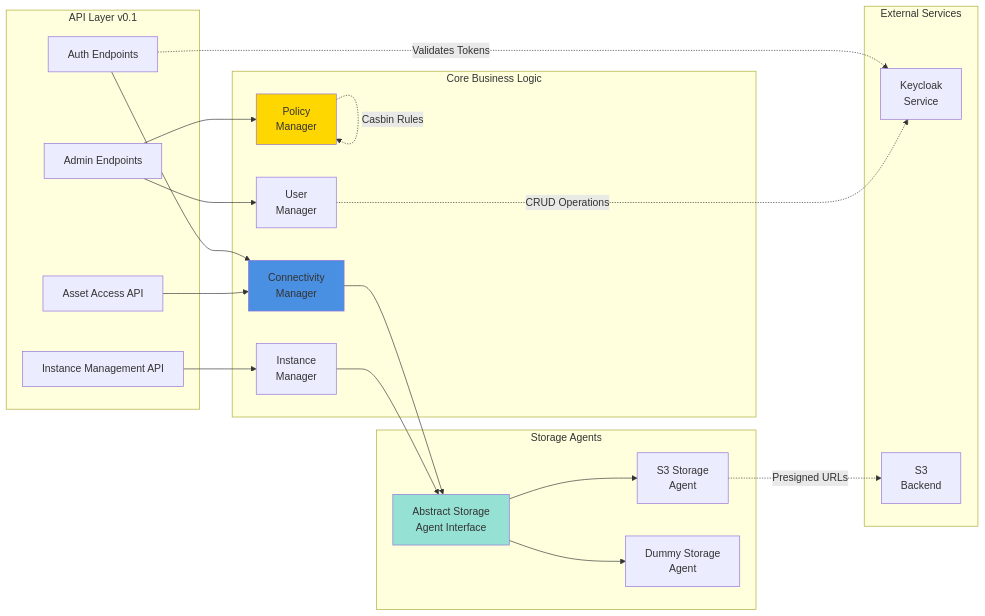
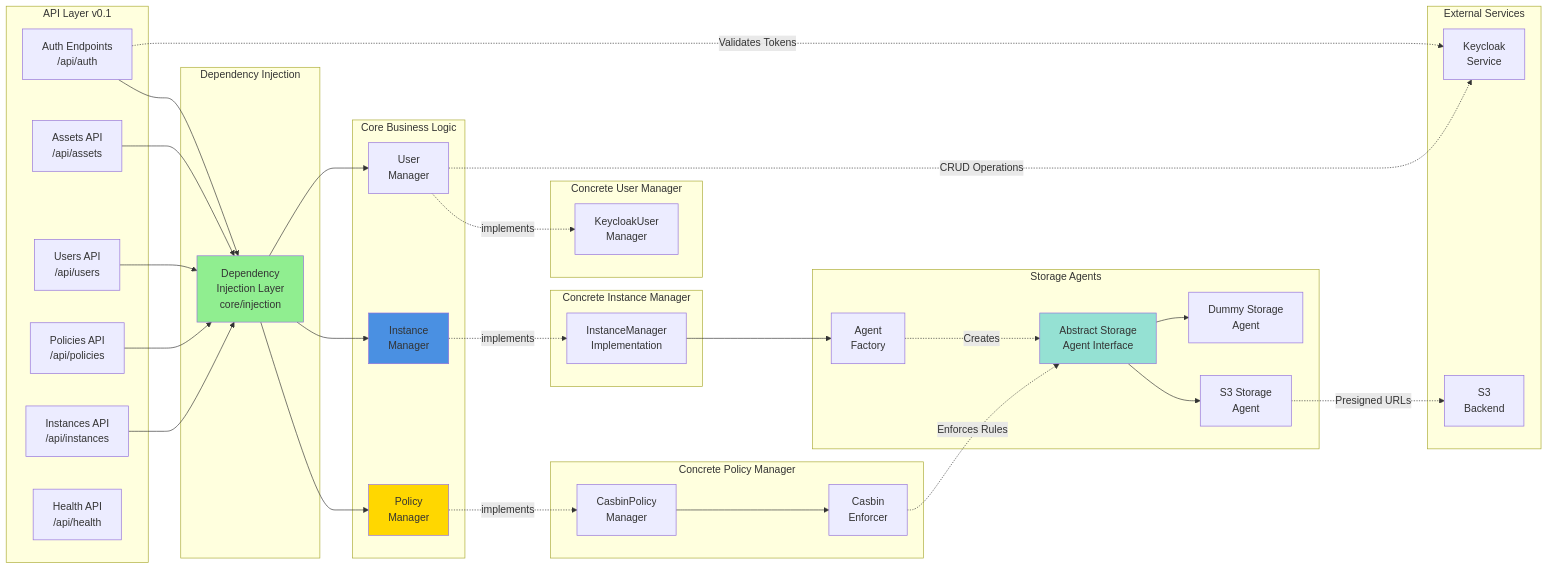
The second of 5 diagrams in docs/diagrams/component-architecture.md (INN-SFU/Data-Portal), drawn with Mermaid before and after one commit. The commit also changed other lines of this file and 2 other files, not shown here.

Commit message:
docs: diagram updates

````diff
--- a/docs/diagrams/component-architecture.md
+++ b/docs/diagrams/component-architecture.md
@@ -58,47 +67,77 @@
 ```mermaid
 graph LR
     subgraph "API Layer v0.1"
-        AuthAPI[Auth Endpoints]
-        AssetAPI[Asset Access API]
-        AdminAPI[Admin Endpoints]
-        InstanceAPI[Instance Management API]
+        AuthAPI[Auth Endpoints<br/>/api/auth]
+        AssetsAPI[Assets API<br/>/api/assets]
+        UsersAPI[Users API<br/>/api/users]
+        PoliciesAPI[Policies API<br/>/api/policies]
+        InstancesAPI[Instances API<br/>/api/instances]
+        HealthAPI[Health API<br/>/api/health]
+    end
+
+    subgraph "Dependency Injection"
+        Injection[Dependency<br/>Injection Layer<br/>core/injection]
     end
 
     subgraph "Core Business Logic"
-        ConnMgr[Connectivity<br/>Manager]
         PolicyMgr[Policy<br/>Manager]
         InstanceMgr[Instance<br/>Manager]
         UserMgr[User<br/>Manager]
     end
 
+    subgraph "Concrete Policy Manager"
+        CasbinPolicyMgr[CasbinPolicy<br/>Manager]
+        CasbinEnforcer[Casbin<br/>Enforcer]
+    end
+
+    subgraph "Concrete Instance Manager"
+        ConcreteInstanceMgr[InstanceManager<br/>Implementation]
+    end
+
+    subgraph "Concrete User Manager"
+        KeycloakUserMgr[KeycloakUser<br/>Manager]
+    end
+
     subgraph "Storage Agents"
+        AgentFactory[Agent<br/>Factory]
+        AbstractAgent[Abstract Storage<br/>Agent Interface]
         S3Agent[S3 Storage<br/>Agent]
         DummyAgent[Dummy Storage<br/>Agent]
-        AbstractAgent[Abstract Storage<br/>Agent Interface]
     end
 
     subgraph "External Services"
         KeycloakSvc[Keycloak<br/>Service]
         S3Backend[S3<br/>Backend]
     end
 
-    AuthAPI --> ConnMgr
-    AssetAPI --> ConnMgr
-    AdminAPI --> PolicyMgr
-    AdminAPI --> UserMgr
-    InstanceAPI --> InstanceMgr
+    AuthAPI --> Injection
+    AssetsAPI --> Injection
+    UsersAPI --> Injection
+    PoliciesAPI --> Injection
+    InstancesAPI --> Injection
 
-    ConnMgr --> AbstractAgent
-    InstanceMgr --> AbstractAgent
+    Injection --> PolicyMgr
+    Injection --> InstanceMgr
+    Injection --> UserMgr
+
+    PolicyMgr -.->|implements| CasbinPolicyMgr
+    InstanceMgr -.->|implements| ConcreteInstanceMgr
+    UserMgr -.->|implements| KeycloakUserMgr
+
+    CasbinPolicyMgr --> CasbinEnforcer
+    CasbinEnforcer -.->|Enforces Rules| AbstractAgent
+
+    ConcreteInstanceMgr --> AgentFactory
+    AgentFactory -.->|Creates| AbstractAgent
     AbstractAgent --> S3Agent
     AbstractAgent --> DummyAgent
 
     AuthAPI -.->|Validates Tokens| KeycloakSvc
-    PolicyMgr -.->|Casbin Rules| PolicyMgr
     UserMgr -.->|CRUD Operations| KeycloakSvc
     S3Agent -.->|Presigned URLs| S3Backend
 
-    style ConnMgr fill:#4A90E2
+    style Injection fill:#90EE90
     style PolicyMgr fill:#FFD700
+    style InstanceMgr fill:#4A90E2
     style AbstractAgent fill:#95E1D3
 ```
````
